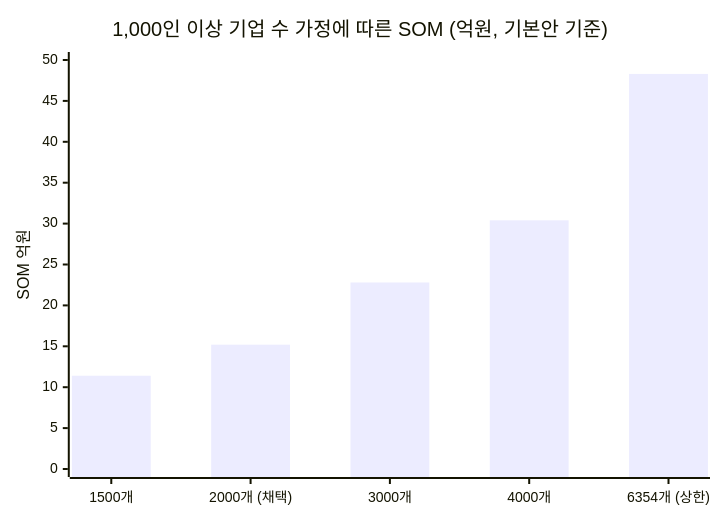
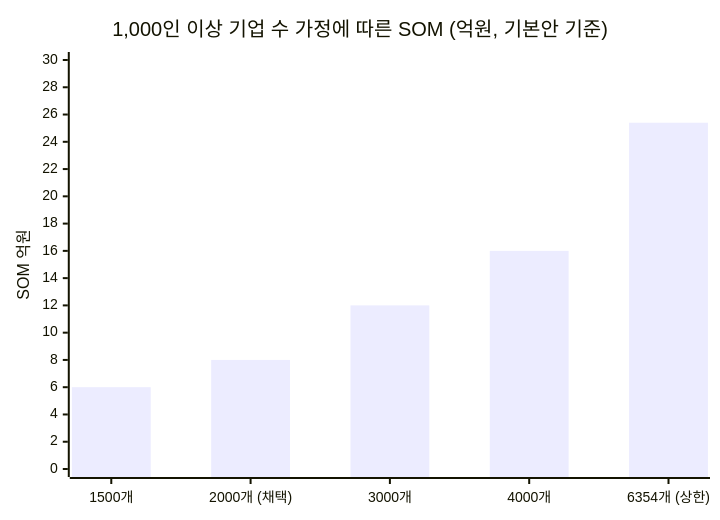
Before and after one commit to happai079/business-research-kokjip: the diagram in 04-tam-sam-som-market-segment-map/deep-research/market-sizing-evidence.md, drawn with Mermaid. The commit also changed other lines of this file and 5 other files, not shown here.

````diff
--- a/04-tam-sam-som-market-segment-map/deep-research/market-sizing-evidence.md
+++ b/04-tam-sam-som-market-segment-map/deep-research/market-sizing-evidence.md
@@ -183,7 +183,7 @@
 ```mermaid
 xychart-beta
     title "1,000인 이상 기업 수 가정에 따른 SOM (억원, 기본안 기준)"
     x-axis ["1500개", "2000개 (채택)", "3000개", "4000개", "6354개 (상한)"]
-    y-axis "SOM 억원" 0 --> 50
-    bar [11.4, 15.2, 22.8, 30.4, 48.3]
+    y-axis "SOM 억원" 0 --> 30
+    bar [6.0, 8.0, 12.0, 16.0, 25.4]
 ```
````
